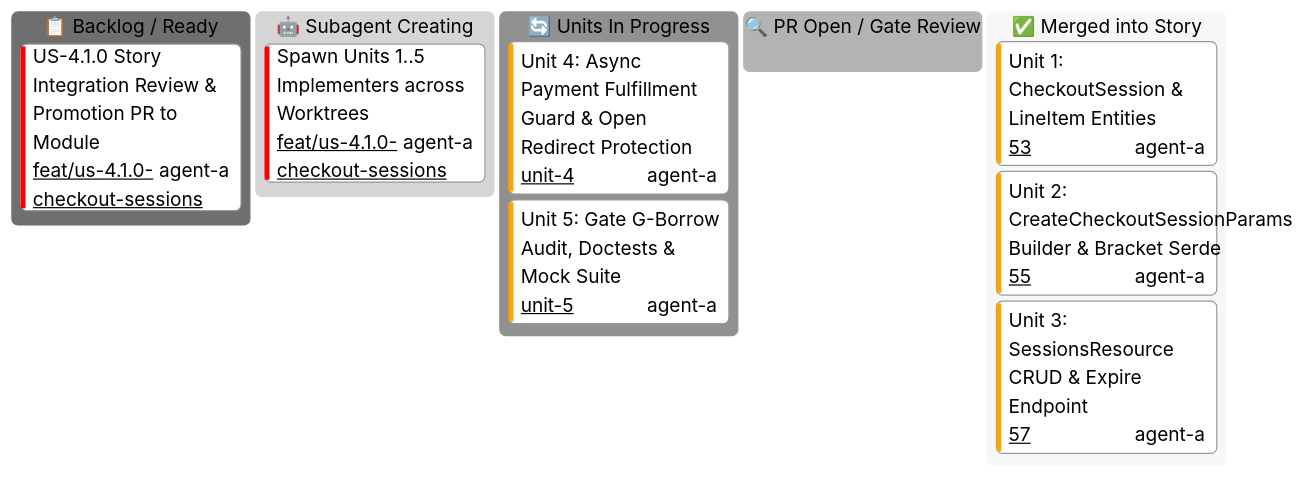
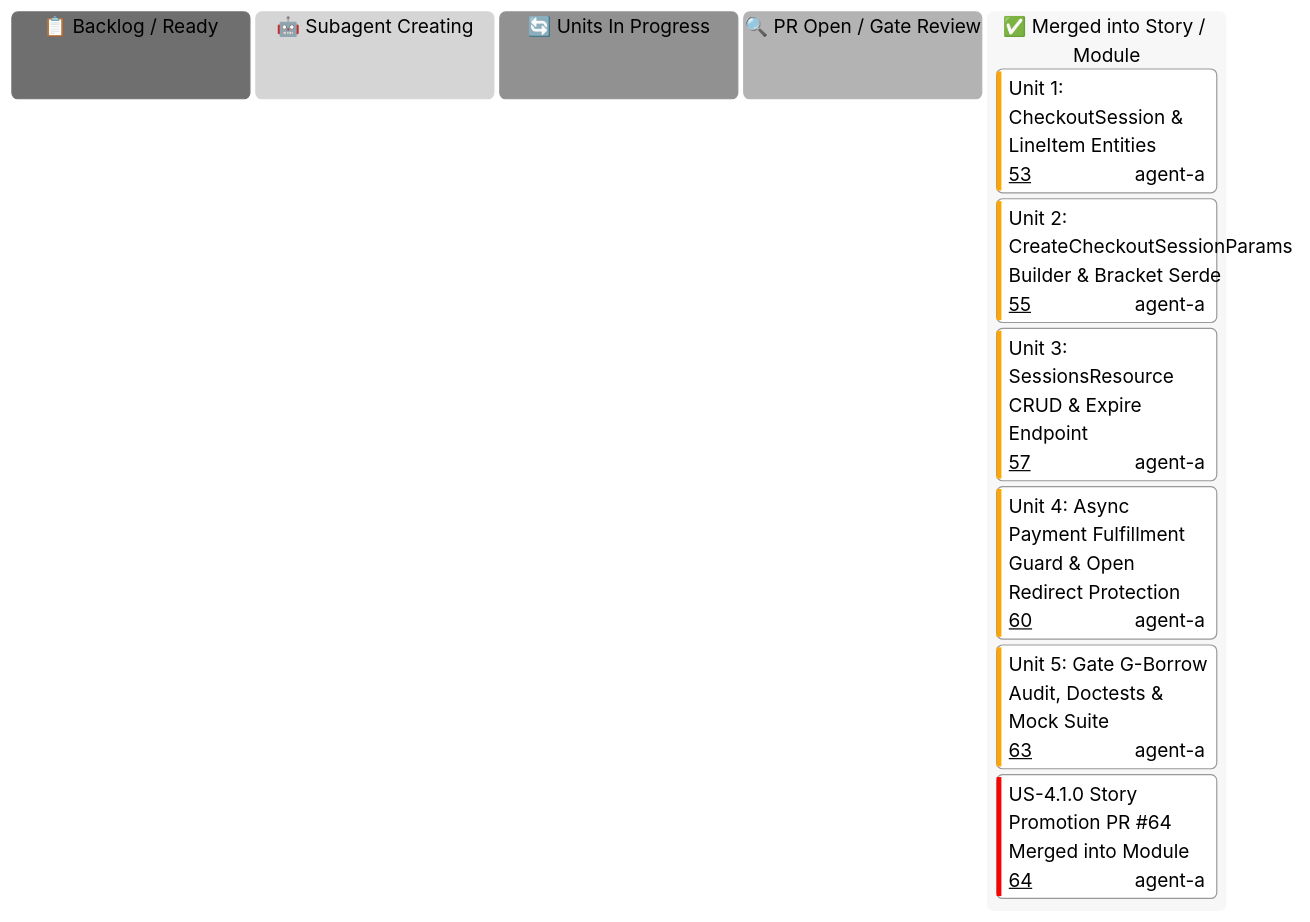
Before and after one commit to some-of-cs/some-stripe: the second of 3 diagrams in docs/user-stories/module-4-hosted-checkout-and-links/KANBAN.md, drawn with Mermaid (neutral theme). The commit also changed other lines of this file and 4 other files, not shown here.

````diff
--- a/docs/user-stories/module-4-hosted-checkout-and-links/KANBAN.md
+++ b/docs/user-stories/module-4-hosted-checkout-and-links/KANBAN.md
@@ -48,20 +48,19 @@
 ```mermaid
 ---
 config:
   kanban:
     ticketBaseUrl: 'https://github.com/some-of-cs/some-stripe/pull/#TICKET#'
 ---
 kanban
   todo[📋 Backlog / Ready]
-    s41_pr[US-4.1.0 Story Integration Review & Promotion PR to Module]@{ ticket: 'feat/us-4.1.0-checkout-sessions', assigned: 'agent-a', priority: 'Very High' }
   spawning[🤖 Subagent Creating]
-    s41_spawn[Spawn Units 1..5 Implementers across Worktrees]@{ ticket: 'feat/us-4.1.0-checkout-sessions', assigned: 'agent-a', priority: 'Very High' }
   in_progress[🔄 Units In Progress]
-    u414[Unit 4: Async Payment Fulfillment Guard & Open Redirect Protection]@{ ticket: 'unit-4', assigned: 'agent-a', priority: 'High' }
-    u415[Unit 5: Gate G-Borrow Audit, Doctests & Mock Suite]@{ ticket: 'unit-5', assigned: 'agent-a', priority: 'High' }
   review[🔍 PR Open / Gate Review]
-  done[✅ Merged into Story]
+  done[✅ Merged into Story / Module]
     u411[Unit 1: CheckoutSession & LineItem Entities]@{ ticket: '53', assigned: 'agent-a', priority: 'High' }
     u412[Unit 2: CreateCheckoutSessionParams Builder & Bracket Serde]@{ ticket: '55', assigned: 'agent-a', priority: 'High' }
     u413[Unit 3: SessionsResource CRUD & Expire Endpoint]@{ ticket: '57', assigned: 'agent-a', priority: 'High' }
+    u414[Unit 4: Async Payment Fulfillment Guard & Open Redirect Protection]@{ ticket: '60', assigned: 'agent-a', priority: 'High' }
+    u415[Unit 5: Gate G-Borrow Audit, Doctests & Mock Suite]@{ ticket: '63', assigned: 'agent-a', priority: 'High' }
+    s41_pr[US-4.1.0 Story Promotion PR #64 Merged into Module]@{ ticket: '64', assigned: 'agent-a', priority: 'Very High' }
 ```
````
